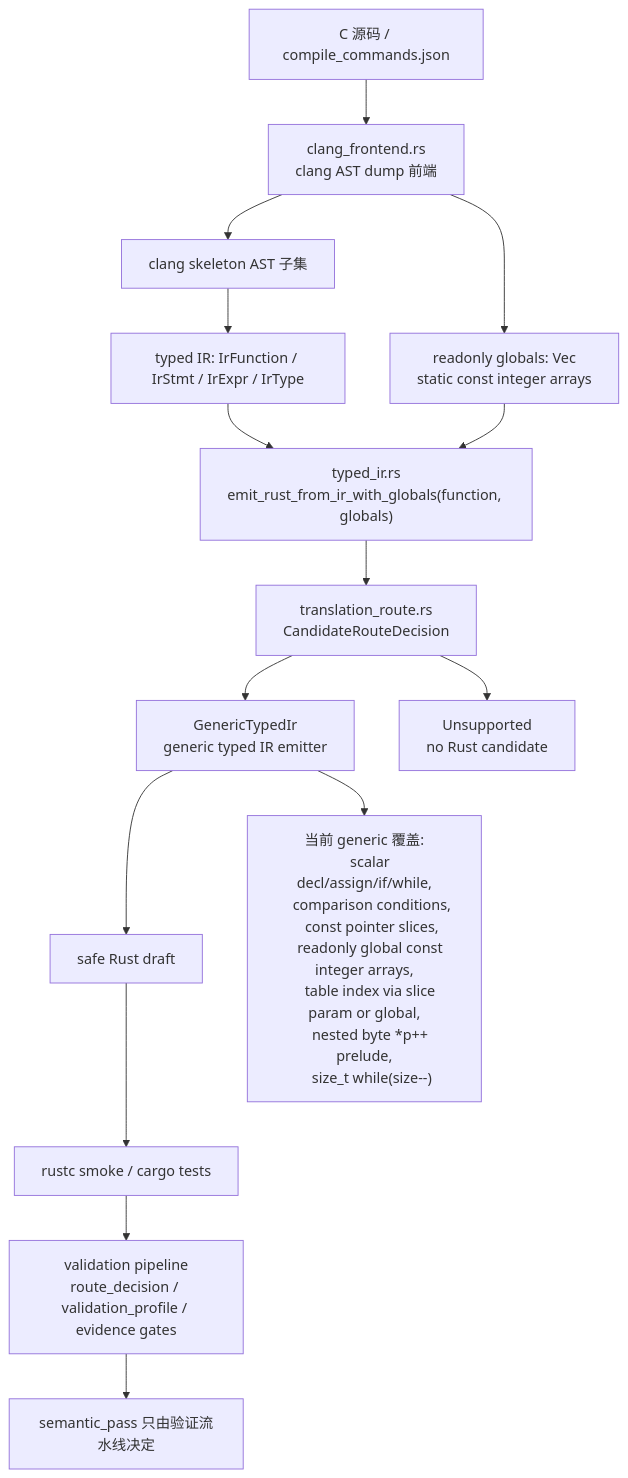
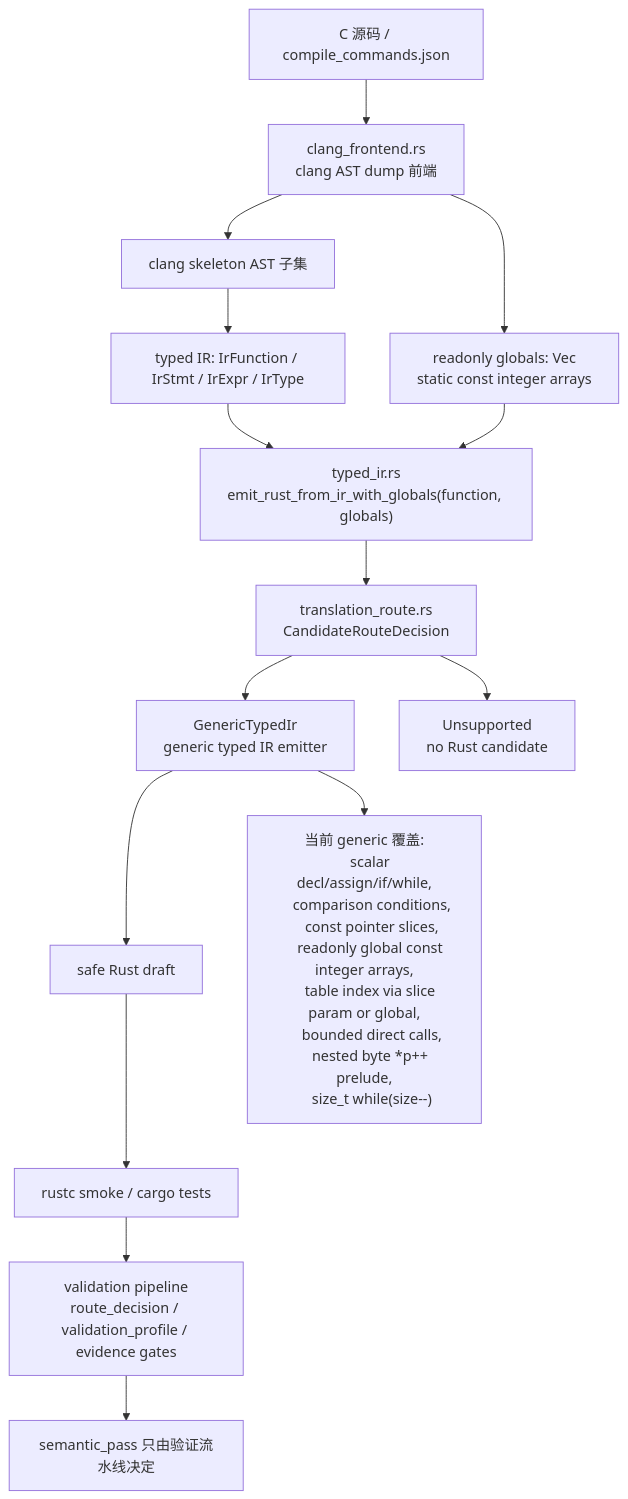
One commit to guoqihan342-svg/c-to-rust changed the diagram in docs/c2rust-migration-agent/core-translation-architecture.md. Above: the diagram before and after it, drawn with Mermaid. The commit also changed other lines of this file and 15 other files, not shown here.

Commit message:
Route typed IR candidates and direct calls

````diff
--- a/docs/c2rust-migration-agent/core-translation-architecture.md
+++ b/docs/c2rust-migration-agent/core-translation-architecture.md
@@ -7,25 +7,26 @@
 ```mermaid
 flowchart TD
     C["C 源码 / compile_commands.json"] --> Clang["clang_frontend.rs<br/>clang AST dump 前端"]
     Clang --> Skeleton["clang skeleton AST 子集"]
     Skeleton --> IR["typed IR: IrFunction / IrStmt / IrExpr / IrType"]
     Clang --> Globals["readonly globals: Vec<IrGlobal><br/>static const integer arrays"]
     IR --> EmitCtx["typed_ir.rs<br/>emit_rust_from_ir_with_globals(function, globals)"]
     Globals --> EmitCtx
     EmitCtx --> RouteMeta["translation_route.rs<br/>CandidateRouteDecision"]
     RouteMeta --> Generic["GenericTypedIr<br/>generic typed IR emitter"]
     RouteMeta --> Unsupported["Unsupported<br/>no Rust candidate"]
     Generic --> Rust["safe Rust draft"]
     Rust --> Rustc["rustc smoke / cargo tests"]
     Rustc --> Validation["validation pipeline<br/>route_decision / validation_profile / evidence gates"]
 
     Generic --> Supported["当前 generic 覆盖:
     scalar decl/assign/if/while,
     comparison conditions,
     const pointer slices,
     readonly global const integer arrays,
     table index via slice param or global,
+    bounded direct calls,
     nested byte *p++ prelude,
     size_t while(size--)"]
     Validation --> Semantic["semantic_pass 只由验证流水线决定"]
 ```
````
